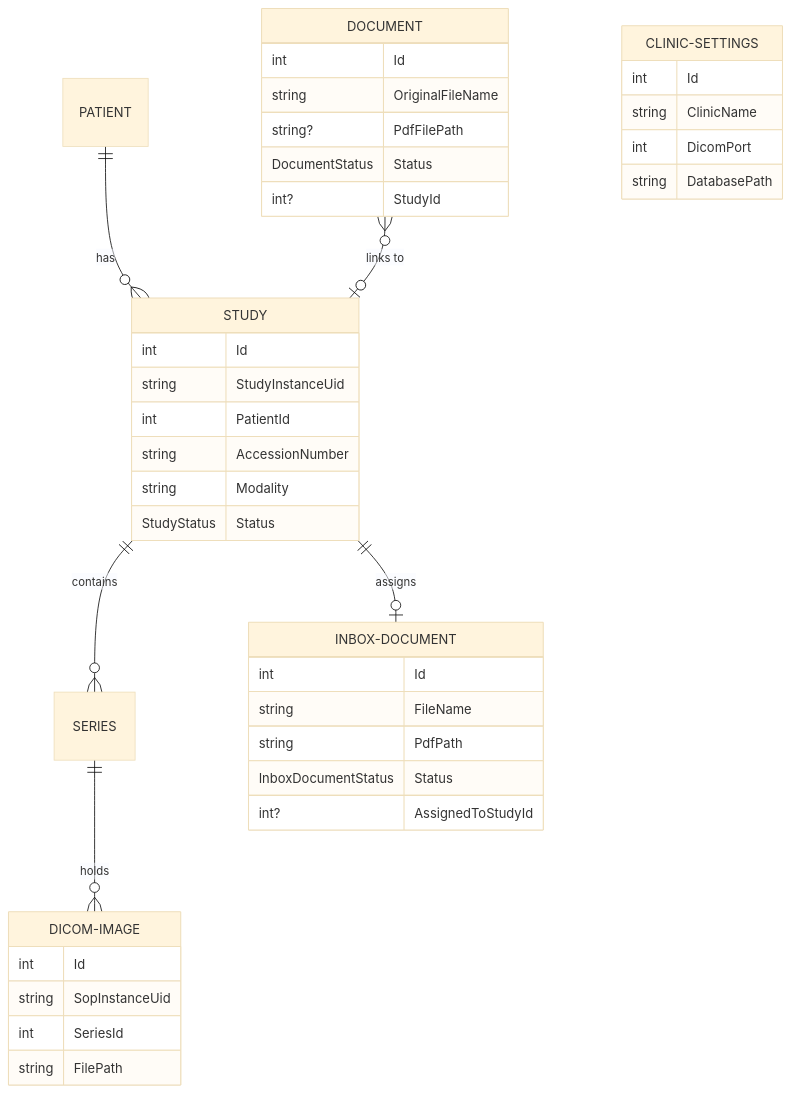
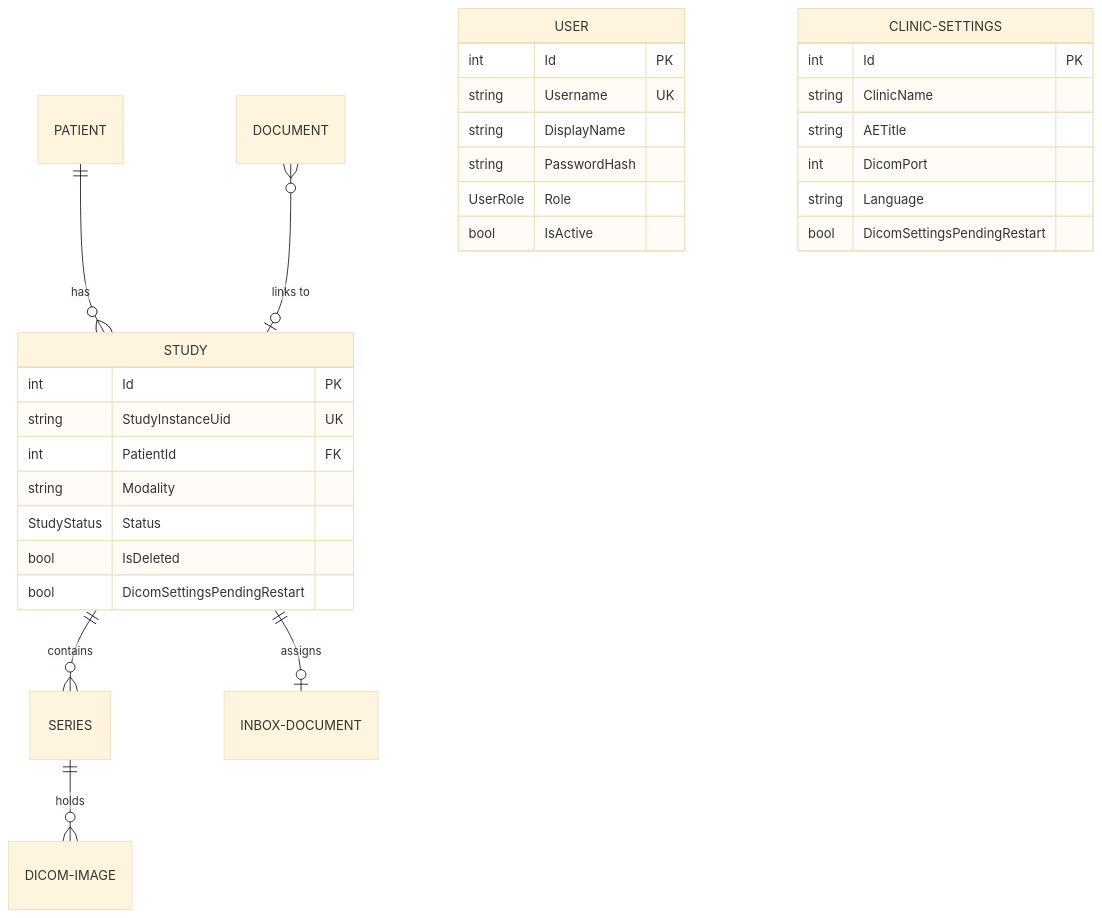
Before and after one commit to oguenfoude/clarimed: the second of 2 diagrams in README.md, drawn with Mermaid (base theme). The commit also changed other lines of this file and 30 other files, not shown here.

Commit message:
feat: implement user management system and DICOM service restart tracking

````diff
--- a/README.md
+++ b/README.md
@@ -207,47 +212,33 @@
 ```mermaid
 erDiagram
     PATIENT ||--o{ STUDY : "has"
     STUDY ||--o{ SERIES : "contains"
     SERIES ||--o{ DICOM-IMAGE : "holds"
     DOCUMENT }o--o| STUDY : "links to"
     STUDY ||--o| INBOX-DOCUMENT : "assigns"
-
+    USER {
+        int Id PK
+        string Username UK
+        string DisplayName
+        string PasswordHash
+        UserRole Role
+        bool IsActive
+    }
     STUDY {
-        int Id
-        string StudyInstanceUid
-        int PatientId
-        string AccessionNumber
+        int Id PK
+        string StudyInstanceUid UK
+        int PatientId FK
         string Modality
         StudyStatus Status
+        bool IsDeleted
+        bool DicomSettingsPendingRestart
     }
-
-    DICOM-IMAGE {
-        int Id
-        string SopInstanceUid
-        int SeriesId
-        string FilePath
-    }
-
-    DOCUMENT {
-        int Id
-        string OriginalFileName
-        string? PdfFilePath
-        DocumentStatus Status
-        int? StudyId
-    }
-
-    INBOX-DOCUMENT {
-        int Id
-        string FileName
-        string PdfPath
-        InboxDocumentStatus Status
-        int? AssignedToStudyId
-    }
-
     CLINIC-SETTINGS {
-        int Id
+        int Id PK
         string ClinicName
+        string AETitle
         int DicomPort
-        string DatabasePath
+        string Language
+        bool DicomSettingsPendingRestart
     }
 ```
````
